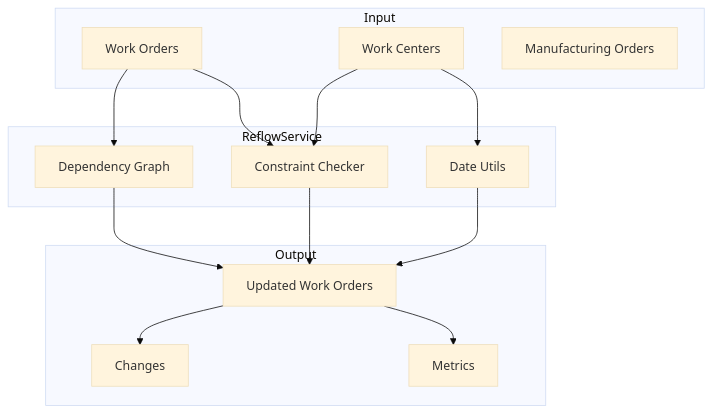
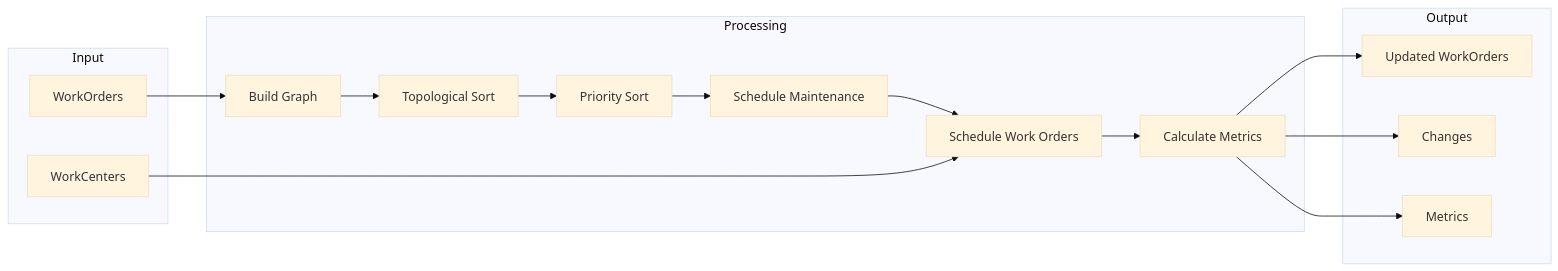
The first of 3 diagrams in README.md (stephekoo/production-scheduler), drawn with Mermaid (base theme) before and after one commit. The commit also changed other lines of this file and 5 other files, not shown here.

Commit message:
add priority field to work orders (1-5, lower = higher priority)

````diff
--- a/README.md
+++ b/README.md
@@ -58,30 +64,28 @@
 ```mermaid
-graph TB
+flowchart LR
     subgraph Input
-        WO[Work Orders]
-        WC[Work Centers]
-        MO[Manufacturing Orders]
+        WO[WorkOrders]
+        WC[WorkCenters]
     end
 
-    subgraph ReflowService
-        DG[Dependency Graph]
-        CC[Constraint Checker]
-        DU[Date Utils]
+    subgraph Processing
+        B[Build Graph]
+        T[Topological Sort]
+        P[Priority Sort]
+        M[Schedule Maintenance]
+        S[Schedule Work Orders]
+        C[Calculate Metrics]
     end
 
     subgraph Output
-        UWO[Updated Work Orders]
+        UWO[Updated WorkOrders]
         CH[Changes]
         ME[Metrics]
     end
 
-    WO --> DG
-    WO --> CC
-    WC --> CC
-    WC --> DU
-    DG --> UWO
-    CC --> UWO
-    DU --> UWO
-    UWO --> CH
-    UWO --> ME
+    WO --> B --> T --> P --> M --> S --> C
+    WC --> S
+    C --> UWO
+    C --> CH
+    C --> ME
 ```
````
